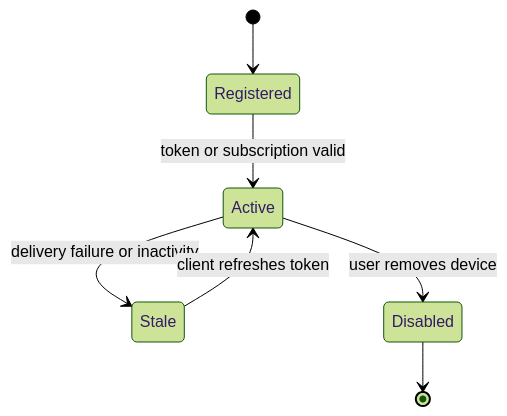
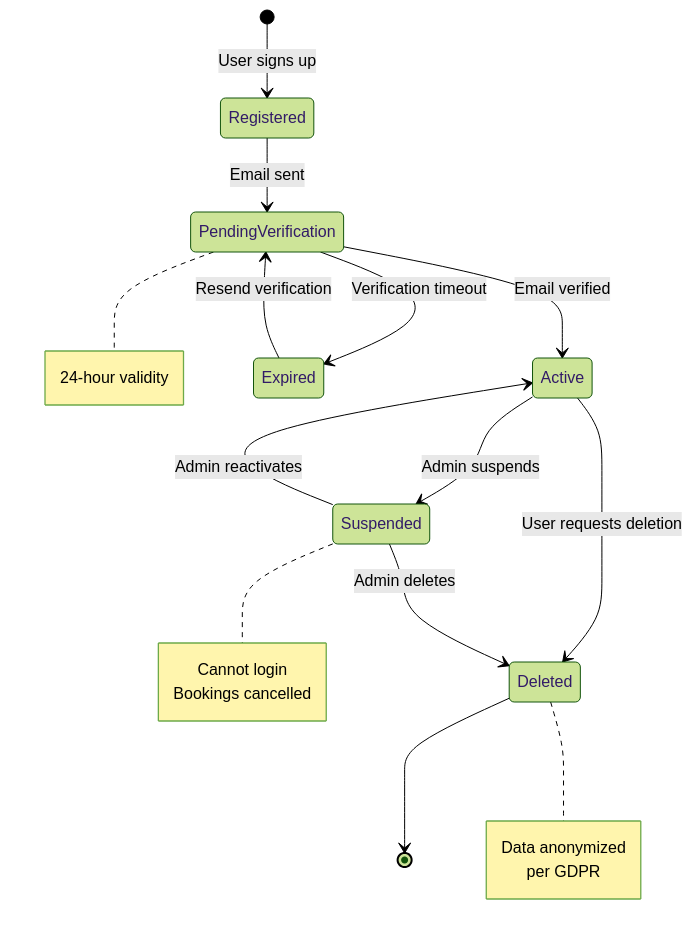
The fourth of 8 diagrams in docs/detailed-design/state-machine-diagrams.md (0Ankit0/slot-booking), drawn with Mermaid (forest theme) before and after one commit. The commit also changed other lines of this file and 36 other files, not shown here.

````diff
--- a/docs/detailed-design/state-machine-diagrams.md
+++ b/docs/detailed-design/state-machine-diagrams.md
@@ -3,9 +163,23 @@
 ```mermaid
 stateDiagram-v2
-  [*] --> Registered
-  Registered --> Active: token or subscription valid
-  Active --> Stale: delivery failure or inactivity
-  Stale --> Active: client refreshes token
-  Active --> Disabled: user removes device
-  Disabled --> [*]
+    [*] --> Registered: User signs up
+    
+    Registered --> PendingVerification: Email sent
+    
+    PendingVerification --> Active: Email verified
+    PendingVerification --> Expired: Verification timeout
+    
+    Expired --> PendingVerification: Resend verification
+    
+    Active --> Suspended: Admin suspends
+    Active --> Deleted: User requests deletion
+    
+    Suspended --> Active: Admin reactivates
+    Suspended --> Deleted: Admin deletes
+    
+    Deleted --> [*]
+    
+    note right of PendingVerification: 24-hour validity
+    note right of Suspended: Cannot login<br/>Bookings cancelled
+    note right of Deleted: Data anonymized<br/>per GDPR
 ```
````
